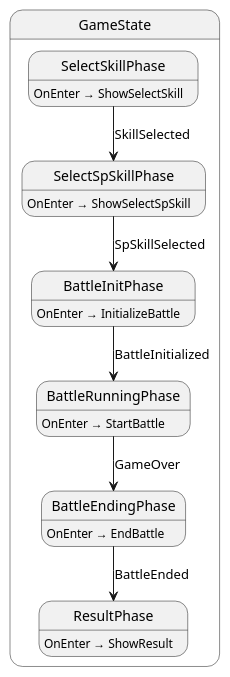
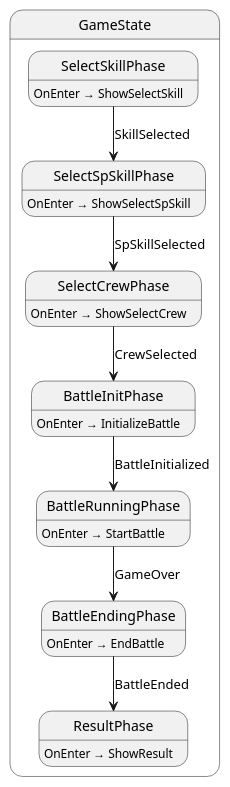
Before and after one commit to Ygoat/EternalJourney: the diagram in src/game/state/GameLogic.g.puml, drawn with PlantUML. The commit also changed 51 other files, not shown here.

```diff
--- a/src/game/state/GameLogic.g.puml
+++ b/src/game/state/GameLogic.g.puml
@@ -1,23 +1,26 @@
 @startuml GameState
 state "GameState" as EternalJourney_Game_State_GameState {
   state "BattleEndingPhase" as EternalJourney_Game_State_GameState_BattleEndingPhase
   state "BattleInitPhase" as EternalJourney_Game_State_GameState_BattleInitPhase
   state "BattleRunningPhase" as EternalJourney_Game_State_GameState_BattleRunningPhase
   state "ResultPhase" as EternalJourney_Game_State_GameState_ResultPhase
+  state "SelectCrewPhase" as EternalJourney_Game_State_GameState_SelectCrewPhase
   state "SelectSkillPhase" as EternalJourney_Game_State_GameState_SelectSkillPhase
   state "SelectSpSkillPhase" as EternalJourney_Game_State_GameState_SelectSpSkillPhase
 }
 
 EternalJourney_Game_State_GameState_BattleEndingPhase --> EternalJourney_Game_State_GameState_ResultPhase : BattleEnded
 EternalJourney_Game_State_GameState_BattleInitPhase --> EternalJourney_Game_State_GameState_BattleRunningPhase : BattleInitialized
 EternalJourney_Game_State_GameState_BattleRunningPhase --> EternalJourney_Game_State_GameState_BattleEndingPhase : GameOver
+EternalJourney_Game_State_GameState_SelectCrewPhase --> EternalJourney_Game_State_GameState_BattleInitPhase : CrewSelected
 EternalJourney_Game_State_GameState_SelectSkillPhase --> EternalJourney_Game_State_GameState_SelectSpSkillPhase : SkillSelected
-EternalJourney_Game_State_GameState_SelectSpSkillPhase --> EternalJourney_Game_State_GameState_BattleInitPhase : SpSkillSelected
+EternalJourney_Game_State_GameState_SelectSpSkillPhase --> EternalJourney_Game_State_GameState_SelectCrewPhase : SpSkillSelected
 
 EternalJourney_Game_State_GameState_BattleEndingPhase : OnEnter → EndBattle
 EternalJourney_Game_State_GameState_BattleInitPhase : OnEnter → InitializeBattle
 EternalJourney_Game_State_GameState_BattleRunningPhase : OnEnter → StartBattle
 EternalJourney_Game_State_GameState_ResultPhase : OnEnter → ShowResult
+EternalJourney_Game_State_GameState_SelectCrewPhase : OnEnter → ShowSelectCrew
 EternalJourney_Game_State_GameState_SelectSkillPhase : OnEnter → ShowSelectSkill
 EternalJourney_Game_State_GameState_SelectSpSkillPhase : OnEnter → ShowSelectSpSkill
 @enduml
```
